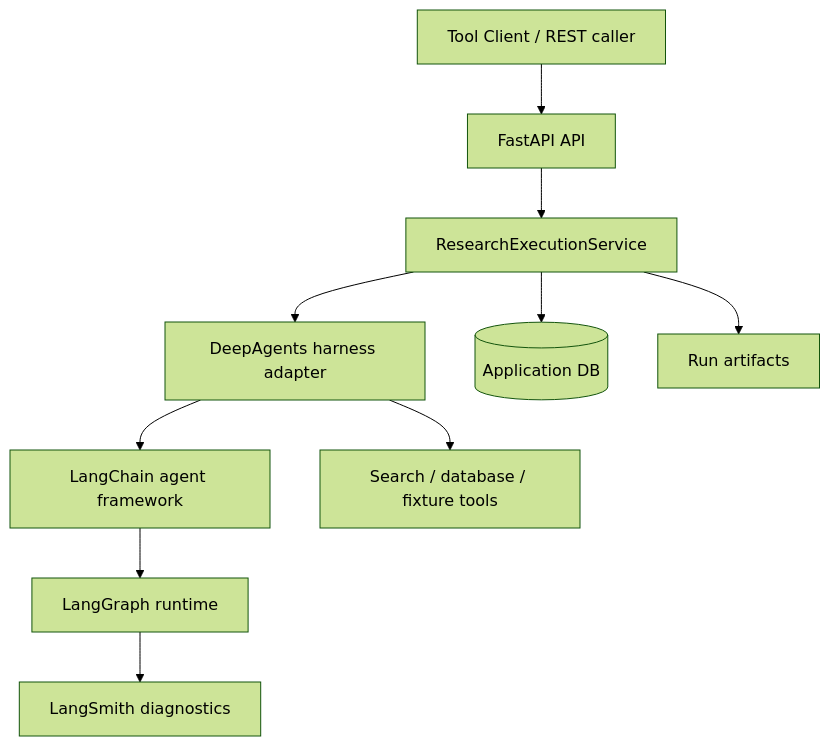
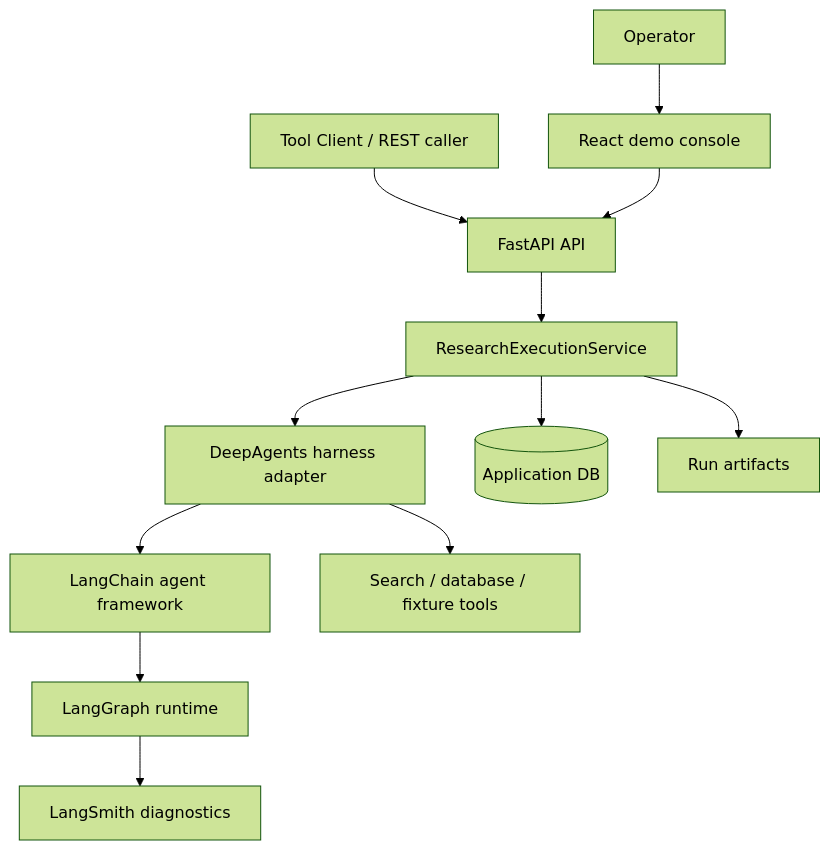
One commit to iTao-AI/deep-search-agent changed the diagram in docs/architecture.md. Above: the diagram before and after it, drawn with Mermaid (forest theme). The commit also changed other lines of this file and 16 other files, not shown here.

First line of the commit message:
docs(frontend): complete demo console documentation

````diff
--- a/docs/architecture.md
+++ b/docs/architecture.md
@@ -11,12 +11,14 @@
 ```mermaid
 flowchart TD
     Client["Tool Client / REST caller"] --> API["FastAPI API"]
+    Operator["Operator"] --> Console["React demo console"]
+    Console --> API
     API --> Service["ResearchExecutionService"]
     Service --> Harness["DeepAgents harness adapter"]
     Harness --> Framework["LangChain agent framework"]
     Framework --> Runtime["LangGraph runtime"]
     Harness --> Tools["Search / database / fixture tools"]
     Service --> Ledger[("Application DB")]
     Service --> Artifacts["Run artifacts"]
     Runtime --> Trace["LangSmith diagnostics"]
 ```
````
